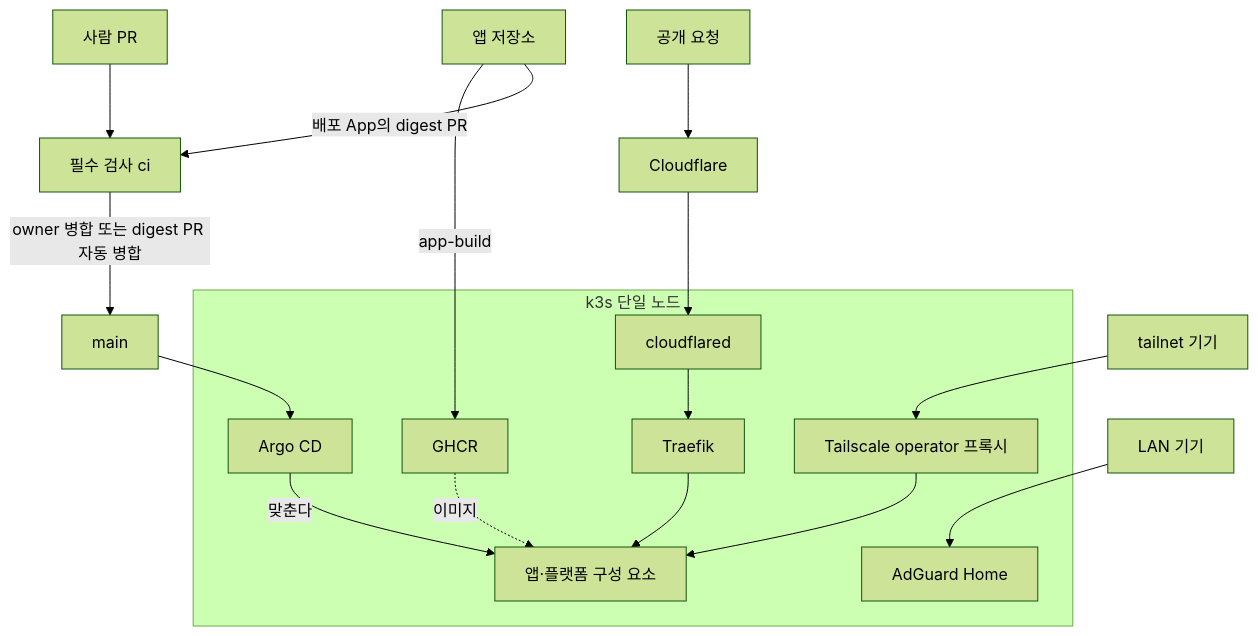
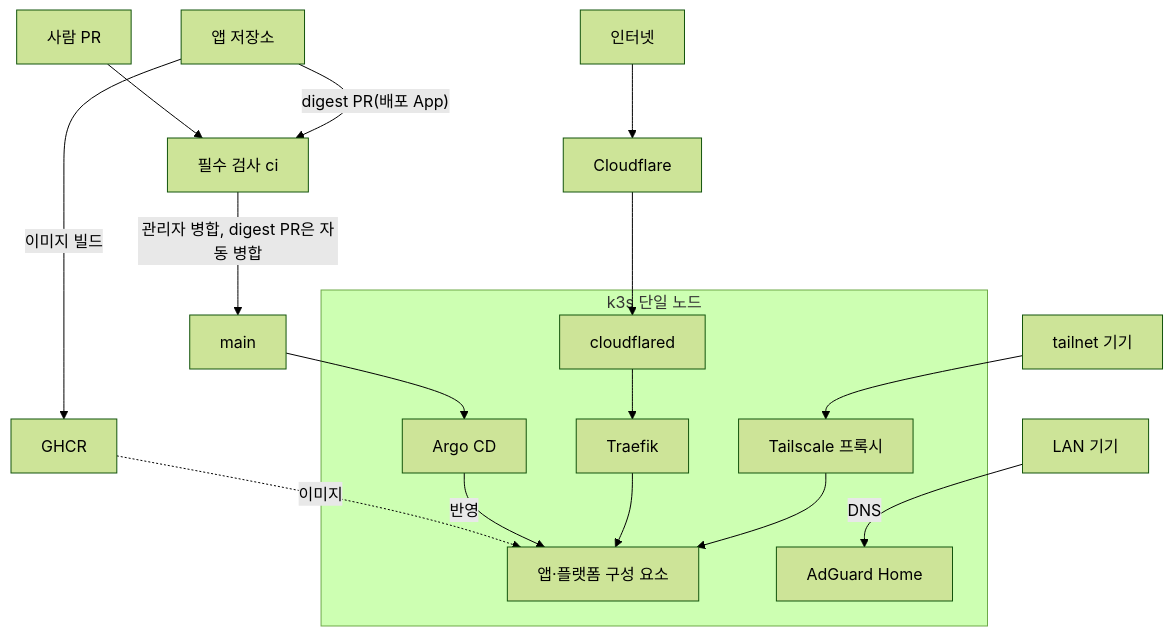
Before and after one commit to ukyi-app/homelab: the diagram in README.md, drawn with Mermaid (forest theme). The commit also changed other lines of this file, not shown here.

````diff
--- a/README.md
+++ b/README.md
@@ -22,20 +19,20 @@
 ```mermaid
 flowchart TB
   pr["사람 PR"] --> ci["필수 검사 ci"]
-  appRepo["앱 저장소"] -->|"app-build"| ghcr["GHCR"]
-  appRepo -->|"배포 App의 digest PR"| ci
-  ci -->|"owner 병합 또는 digest PR 자동 병합"| main["main"]
+  appRepo["앱 저장소"] -->|"이미지 빌드"| ghcr["GHCR"]
+  appRepo -->|"digest PR(배포 App)"| ci
+  ci -->|"관리자 병합, digest PR은 자동 병합"| main["main"]
   main --> argo
+  ghcr -.->|"이미지"| workloads
 
-  public["공개 요청"] --> cf["Cloudflare"] --> tunnel
+  internet["인터넷"] --> cf["Cloudflare"] --> tunnel
   tailnet["tailnet 기기"] --> tsProxy
-  lan["LAN 기기"] --> dns
+  lan["LAN 기기"] -->|"DNS"| dns
 
   subgraph cluster["k3s 단일 노드"]
-    argo["Argo CD"] -->|"맞춘다"| workloads["앱·플랫폼 구성 요소"]
+    argo["Argo CD"] -->|"반영"| workloads["앱·플랫폼 구성 요소"]
     tunnel["cloudflared"] --> traefik["Traefik"] --> workloads
-    tsProxy["Tailscale operator 프록시"] --> workloads
+    tsProxy["Tailscale 프록시"] --> workloads
     dns["AdGuard Home"]
-    ghcr -.->|"이미지"| workloads
   end
 ```
````
